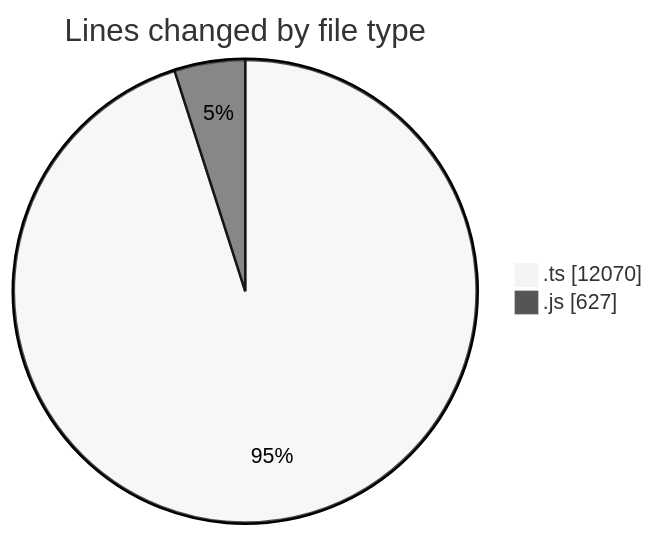
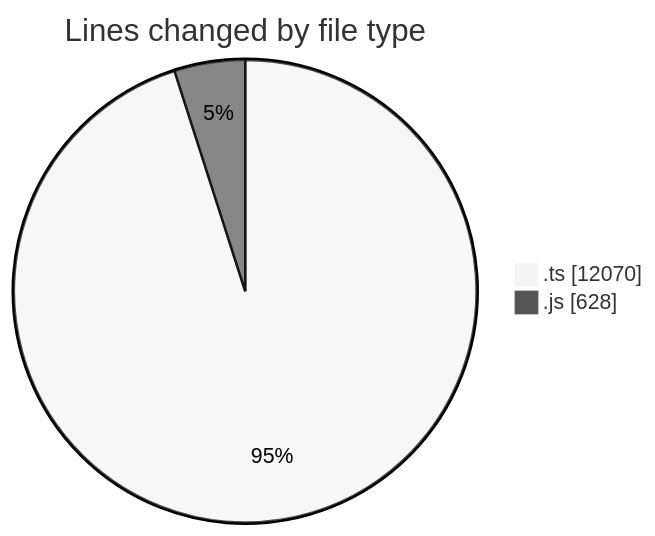
The first of 2 diagrams in 2025-09-05/cda/README.md (momahboobian/code-tracking), drawn with Mermaid (neutral theme) before and after one commit. The commit also changed other lines of this file and 1 other file, not shown here.

````diff
--- a/2025-09-05/cda/README.md
+++ b/2025-09-05/cda/README.md
@@ -24,6 +24,6 @@
 ```mermaid
 pie showData
 title Lines changed by file type
 ".ts" : 12070
-".js" : 627
+".js" : 628
 ```
````
